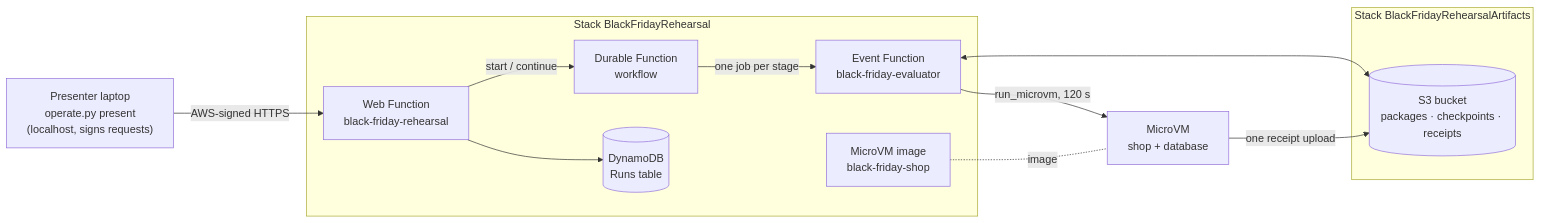
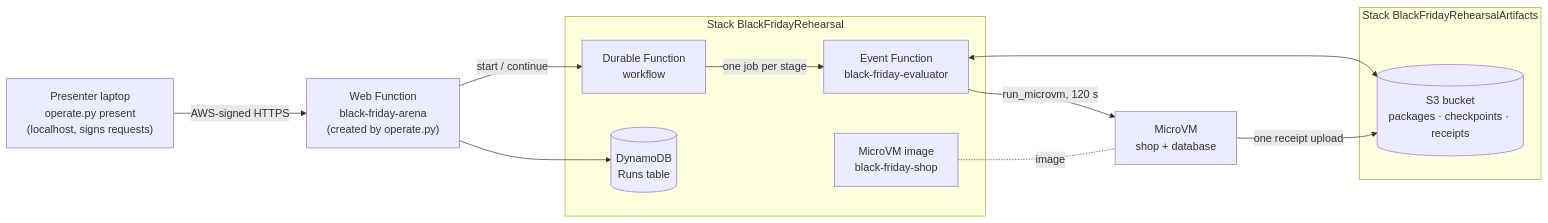
The second of 5 diagrams in docs/architecture.md (grumpydevorg/blackfriday), drawn with Mermaid before and after one commit. The commit also changed other lines of this file and 9 other files, not shown here.

First line of the commit message:
feat(aws): run the rehearsal in Sydney; create the Web Function by API

````diff
--- a/docs/architecture.md
+++ b/docs/architecture.md
@@ -52,21 +53,21 @@
 ```mermaid
 flowchart LR
   P["Presenter laptop<br/>operate.py present<br/>(localhost, signs requests)"] -->|"AWS-signed HTTPS"| W
+  W["Web Function<br/>black-friday-arena<br/>(created by operate.py)"]
   subgraph R["Stack BlackFridayRehearsal"]
-    W["Web Function<br/>black-friday-rehearsal"]
     D["Durable Function<br/>workflow"]
     E["Event Function<br/>black-friday-evaluator"]
     M["MicroVM image<br/>black-friday-shop"]
     T[("DynamoDB<br/>Runs table")]
   end
   subgraph A["Stack BlackFridayRehearsalArtifacts"]
     S3[("S3 bucket<br/>packages · checkpoints · receipts")]
   end
   W --> T
   W -->|"start / continue"| D
   D -->|"one job per stage"| E
   E -->|"run_microvm, 120 s"| V["MicroVM<br/>shop + database"]
   M -.image.- V
   E <--> S3
   V -->|"one receipt upload"| S3
 ```
````
